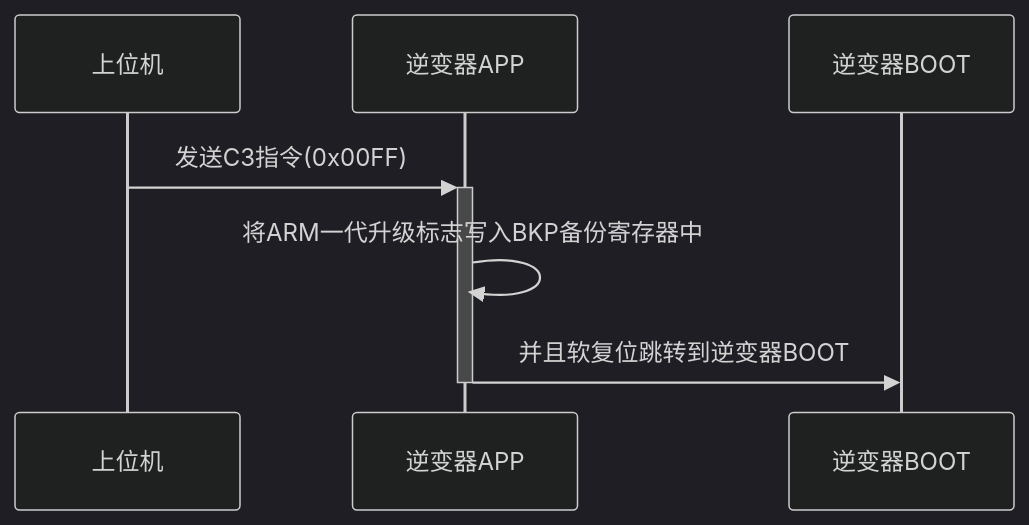
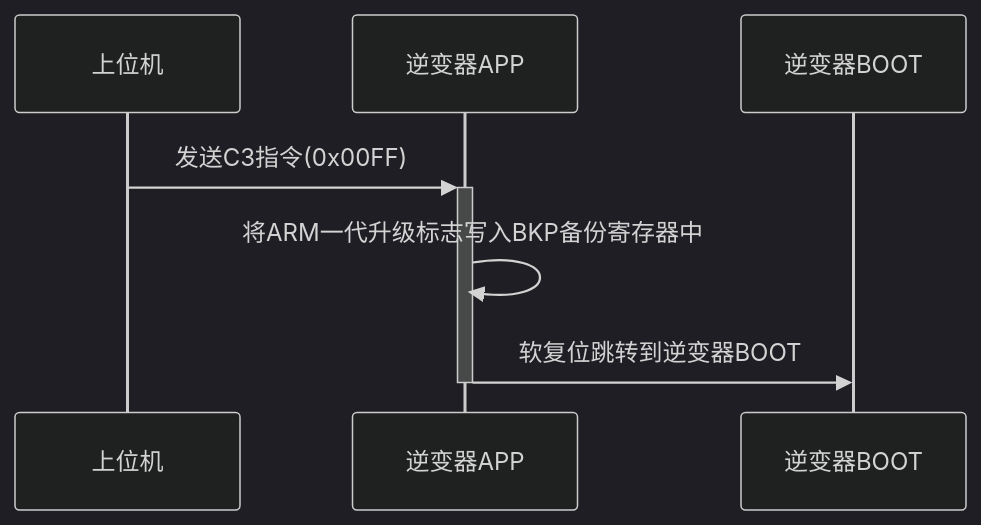
One commit to 2078142847/iodraw-files changed the diagram in all/未命名-2.md. Above: the diagram before and after it, drawn with Mermaid (dark theme).

Commit message:
2024-05-30 15:33:14 update

````diff
--- a/all/未命名-2.md
+++ b/all/未命名-2.md
@@ -1,12 +1,12 @@
 ```mermaid
 sequenceDiagram
 
     participant A as 上位机
     participant B as 逆变器APP
     participant C as 逆变器BOOT
     A->>+B: 发送C3指令(0x00FF)
     B->>B: 将ARM一代升级标志写入BKP备份寄存器中
-    B->>-C: 并且软复位跳转到逆变器BOOT
+    B->>-C: 软复位跳转到逆变器BOOT
 
     
 ```
````
